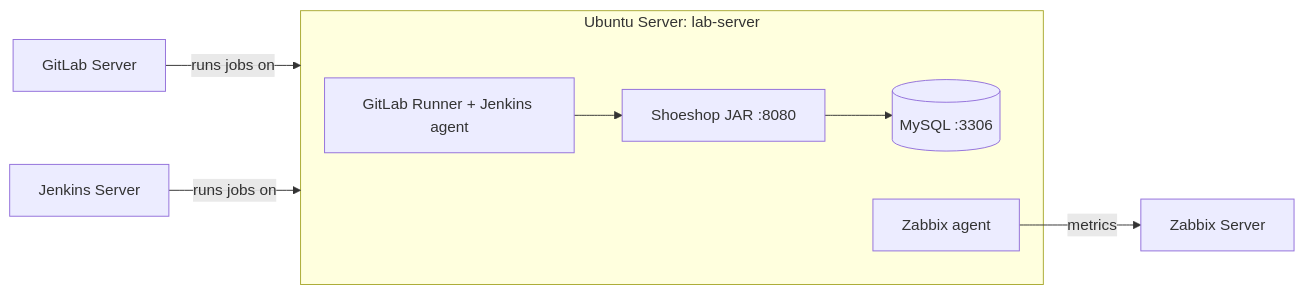
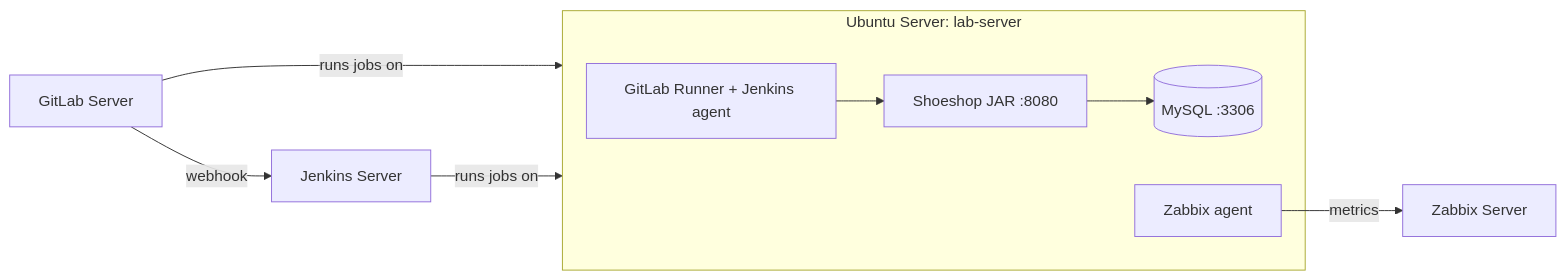
The diagram in README.md (Bourbon18/shoeshop-devops), drawn with Mermaid before and after one commit. The commit also changed other lines of this file, not shown here.

Commit message:
Describe Jenkins being triggered by a GitLab webhook

````diff
--- a/README.md
+++ b/README.md
@@ -12,11 +12,12 @@
 ```mermaid
 flowchart LR
-    GL[GitLab Server] -- runs jobs on --> LS
+    GL[GitLab Server] -- webhook --> JK
+    GL -- runs jobs on --> LS
     JK[Jenkins Server] -- runs jobs on --> LS
     subgraph LS[Ubuntu Server: lab-server]
         R[GitLab Runner + Jenkins agent] --> APP[Shoeshop JAR :8080]
         APP --> DB[(MySQL :3306)]
         AG[Zabbix agent]
     end
     AG -- metrics --> ZB[Zabbix Server]
 ```
````
